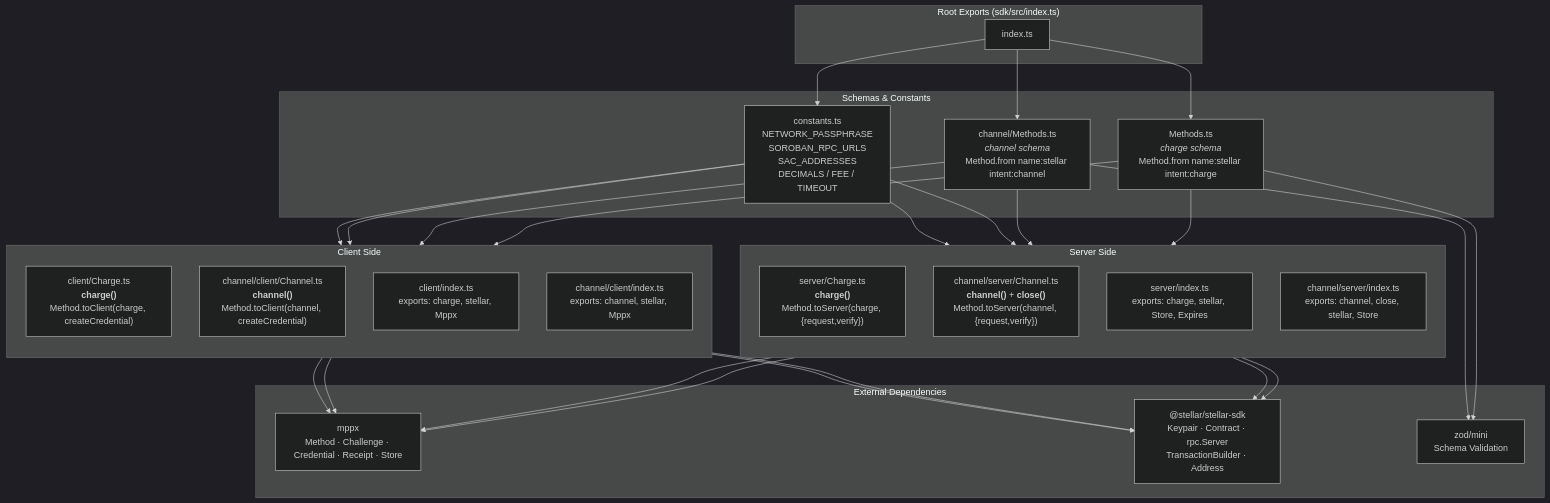
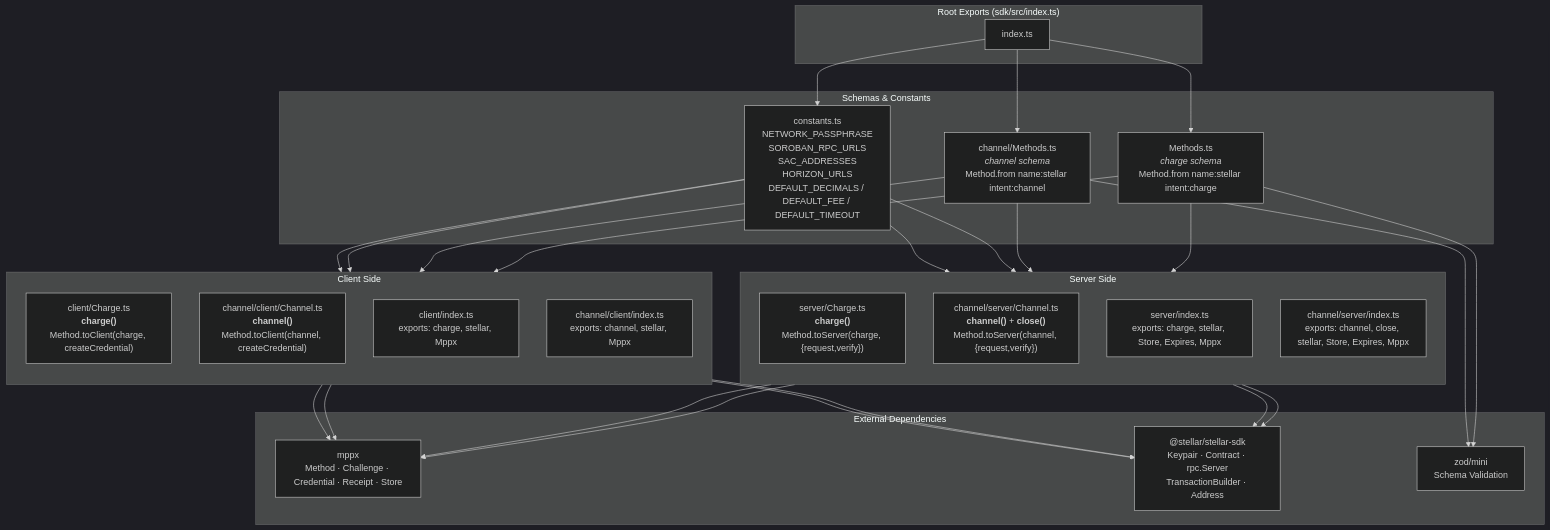
The diagram in diagrams/module-architecture.md (stellar-experimental/stellar-mpp-sdk), drawn with Mermaid (dark theme) before and after one commit. The commit also changed 3 other files, not shown here.

Commit message:
docs: fix diagram inaccuracies per PR review comments

````diff
--- a/diagrams/module-architecture.md
+++ b/diagrams/module-architecture.md
@@ -3,59 +3,59 @@
 ```mermaid
 graph TB
     subgraph "Root Exports (sdk/src/index.ts)"
         IDX["index.ts"]
     end
 
     subgraph "Schemas & Constants"
         METHODS["Methods.ts<br/><i>charge schema</i><br/>Method.from name:stellar intent:charge"]
         CH_METHODS["channel/Methods.ts<br/><i>channel schema</i><br/>Method.from name:stellar intent:channel"]
-        CONST["constants.ts<br/>NETWORK_PASSPHRASE<br/>SOROBAN_RPC_URLS<br/>SAC_ADDRESSES<br/>DECIMALS / FEE / TIMEOUT"]
+        CONST["constants.ts<br/>NETWORK_PASSPHRASE<br/>SOROBAN_RPC_URLS<br/>SAC_ADDRESSES<br/>HORIZON_URLS<br/>DEFAULT_DECIMALS / DEFAULT_FEE / DEFAULT_TIMEOUT"]
     end
 
     subgraph "Client Side"
         direction TB
         C_CHARGE["client/Charge.ts<br/><b>charge()</b><br/>Method.toClient(charge, createCredential)"]
         C_CHANNEL["channel/client/Channel.ts<br/><b>channel()</b><br/>Method.toClient(channel, createCredential)"]
         C_IDX["client/index.ts<br/>exports: charge, stellar, Mppx"]
         C_CH_IDX["channel/client/index.ts<br/>exports: channel, stellar, Mppx"]
     end
 
     subgraph "Server Side"
         direction TB
         S_CHARGE["server/Charge.ts<br/><b>charge()</b><br/>Method.toServer(charge, {request,verify})"]
         S_CHANNEL["channel/server/Channel.ts<br/><b>channel()</b> + <b>close()</b><br/>Method.toServer(channel, {request,verify})"]
-        S_IDX["server/index.ts<br/>exports: charge, stellar, Store, Expires"]
-        S_CH_IDX["channel/server/index.ts<br/>exports: channel, close, stellar, Store"]
+        S_IDX["server/index.ts<br/>exports: charge, stellar, Store, Expires, Mppx"]
+        S_CH_IDX["channel/server/index.ts<br/>exports: channel, close, stellar, Store, Expires, Mppx"]
     end
 
     subgraph "External Dependencies"
         MPPX["mppx<br/>Method · Challenge · Credential · Receipt · Store"]
         STELLAR["@stellar/stellar-sdk<br/>Keypair · Contract · rpc.Server<br/>TransactionBuilder · Address"]
         ZOD["zod/mini<br/>Schema Validation"]
     end
 
     IDX --> METHODS
     IDX --> CH_METHODS
     IDX --> CONST
 
     METHODS --> C_CHARGE
     METHODS --> S_CHARGE
     CH_METHODS --> C_CHANNEL
     CH_METHODS --> S_CHANNEL
 
     CONST --> C_CHARGE
     CONST --> S_CHARGE
     CONST --> C_CHANNEL
     CONST --> S_CHANNEL
 
     C_CHARGE --> MPPX
     C_CHARGE --> STELLAR
     C_CHANNEL --> MPPX
     C_CHANNEL --> STELLAR
     S_CHARGE --> MPPX
     S_CHARGE --> STELLAR
     S_CHANNEL --> MPPX
     S_CHANNEL --> STELLAR
     METHODS --> ZOD
     CH_METHODS --> ZOD
 ```
````
